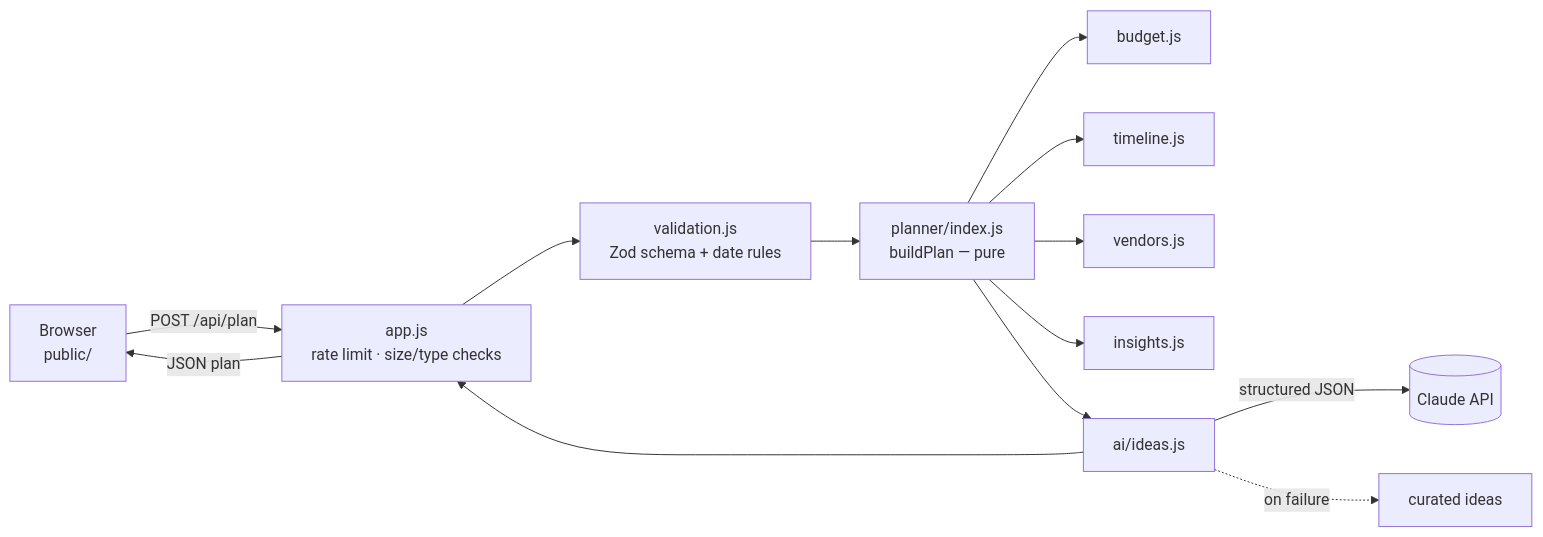
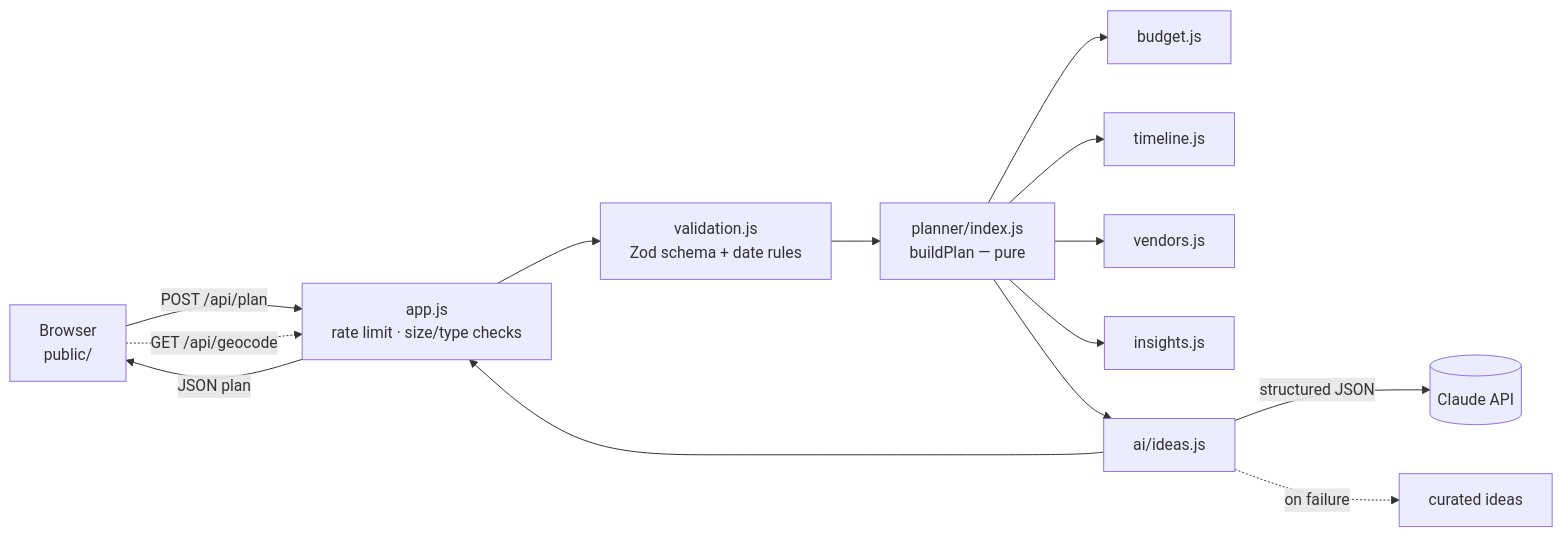
One commit to seeramsujay/event-manager changed the diagram in README.md. Above: the diagram before and after it, drawn with Mermaid. The commit also changed other lines of this file and 2 other files, not shown here.

````diff
--- a/README.md
+++ b/README.md
@@ -88,12 +90,13 @@
 ```mermaid
 flowchart LR
   B[Browser<br/>public/] -- POST /api/plan --> A[app.js<br/>rate limit · size/type checks]
+  B -. GET /api/geocode .-> A
   A --> V[validation.js<br/>Zod schema + date rules]
   V --> P[planner/index.js<br/>buildPlan — pure]
   P --> BU[budget.js] & T[timeline.js] & VE[vendors.js] & I[insights.js]
   P --> AI[ai/ideas.js]
   AI -- structured JSON --> C[(Claude API)]
   AI -. on failure .-> CU[curated ideas]
   AI --> A
   A -- JSON plan --> B
 ```
````
